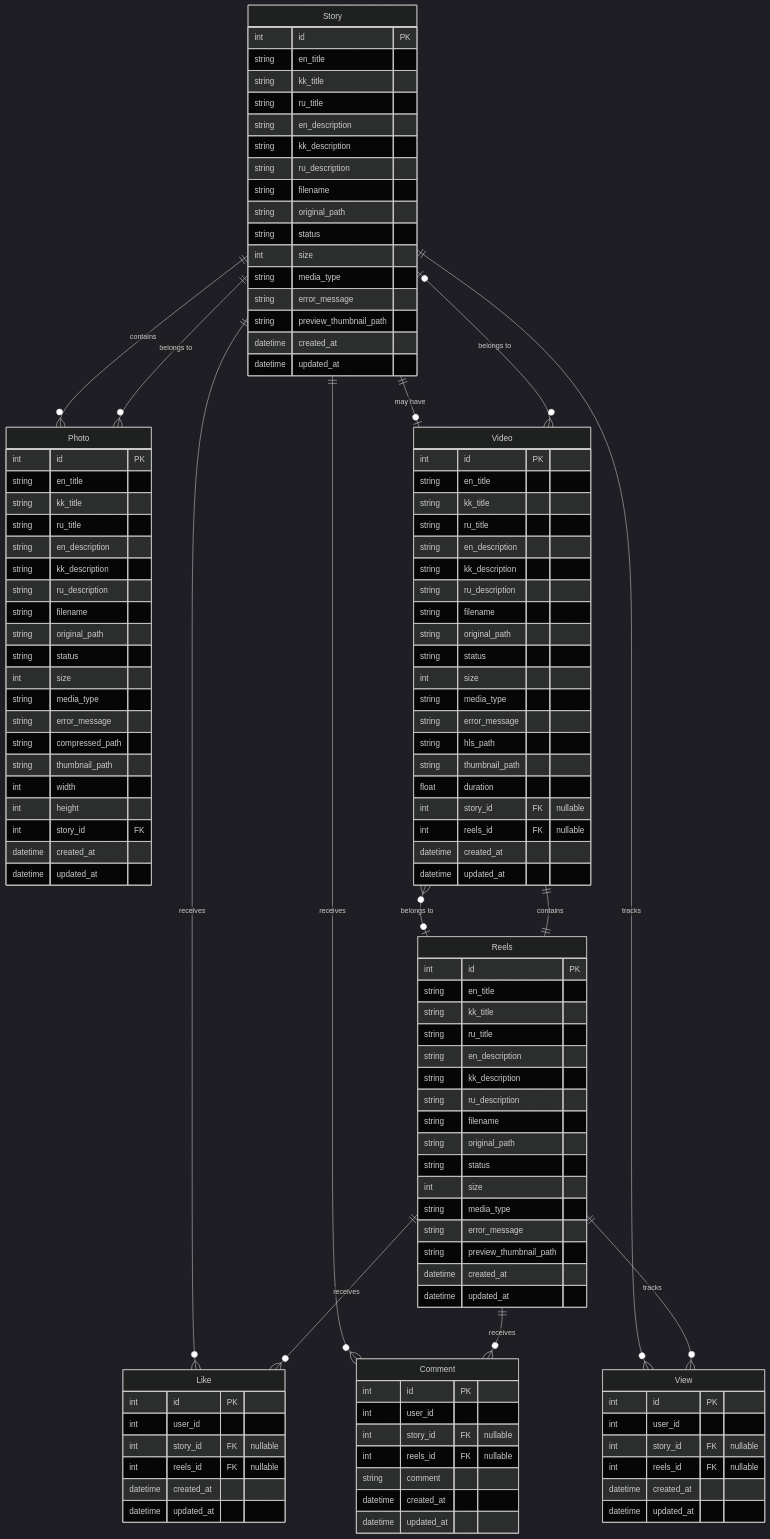
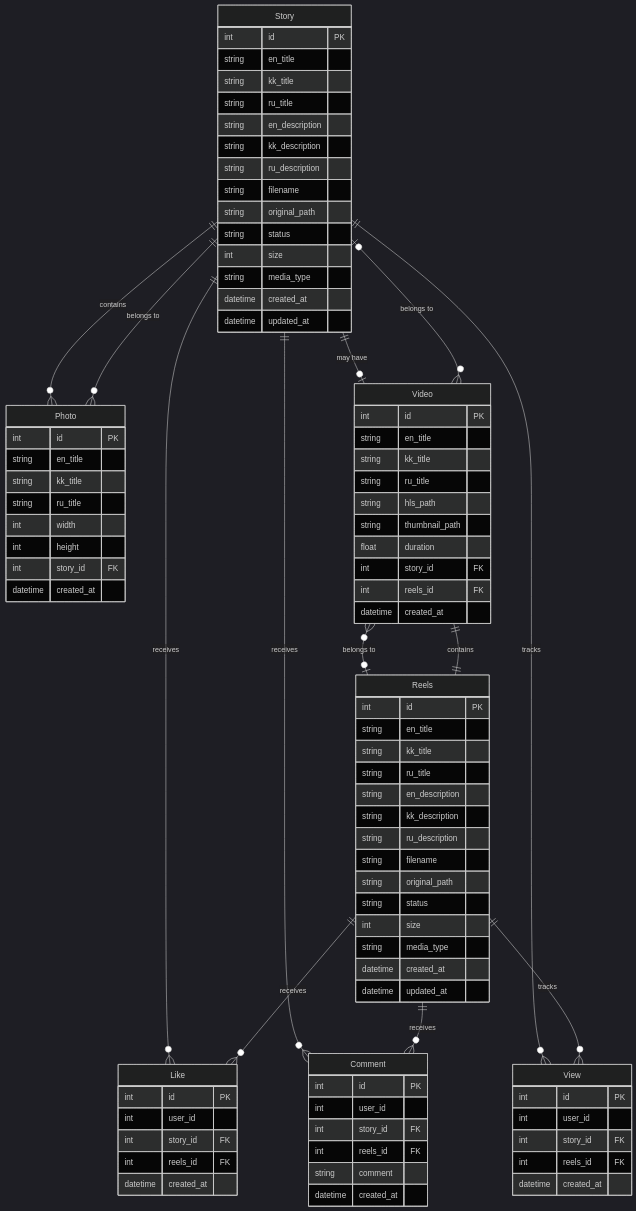
Before and after one commit to Amtilan/cpp: the second of 4 diagrams in README2.md, drawn with Mermaid (dark theme). The commit also changed other lines of this file, not shown here.

````diff
--- a/README2.md
+++ b/README2.md
@@ -81,34 +61,6 @@
     Video }o--o| Story : "belongs to"
     Video }o--o| Reels : "belongs to"
     
-    Like {
-        int id PK
-        int user_id
-        int story_id FK "nullable"
-        int reels_id FK "nullable"
-        datetime created_at
-        datetime updated_at
-    }
-    
-    Comment {
-        int id PK
-        int user_id
-        int story_id FK "nullable"
-        int reels_id FK "nullable"
-        string comment
-        datetime created_at
-        datetime updated_at
-    }
-    
-    View {
-        int id PK
-        int user_id
-        int story_id FK "nullable"
-        int reels_id FK "nullable"
-        datetime created_at
-        datetime updated_at
-    }
-    
     Story {
         int id PK
         string en_title
@@ -122,8 +74,6 @@
         string status
         int size
         string media_type
-        string error_message
-        string preview_thumbnail_path
         datetime created_at
         datetime updated_at
     }
@@ -141,8 +91,6 @@
         string status
         int size
         string media_type
-        string error_message
-        string preview_thumbnail_path
         datetime created_at
         datetime updated_at
     }
@@ -152,22 +100,12 @@
         string en_title
         string kk_title
         string ru_title
-        string en_description
-        string kk_description
-        string ru_description
-        string filename
-        string original_path
-        string status
-        int size
-        string media_type
-        string error_message
         string hls_path
         string thumbnail_path
         float duration
-        int story_id FK "nullable"
-        int reels_id FK "nullable"
+        int story_id FK
+        int reels_id FK
         datetime created_at
-        datetime updated_at
     }
     
     Photo {
@@ -175,21 +113,34 @@
         string en_title
         string kk_title
         string ru_title
-        string en_description
-        string kk_description
-        string ru_description
-        string filename
-        string original_path
-        string status
-        int size
-        string media_type
-        string error_message
-        string compressed_path
-        string thumbnail_path
         int width
         int height
         int story_id FK
         datetime created_at
-        datetime updated_at
+    }
+    
+    Like {
+        int id PK
+        int user_id
+        int story_id FK
+        int reels_id FK
+        datetime created_at
+    }
+    
+    Comment {
+        int id PK
+        int user_id
+        int story_id FK
+        int reels_id FK
+        string comment
+        datetime created_at
+    }
+    
+    View {
+        int id PK
+        int user_id
+        int story_id FK
+        int reels_id FK
+        datetime created_at
     }
 ```
````
